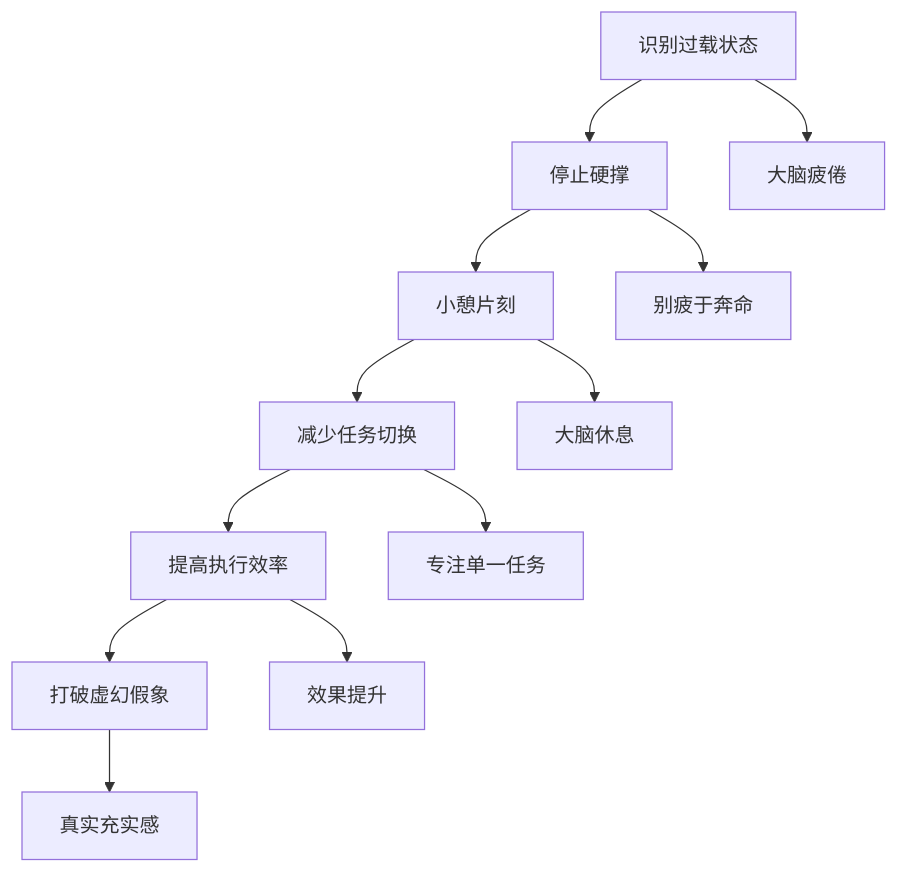
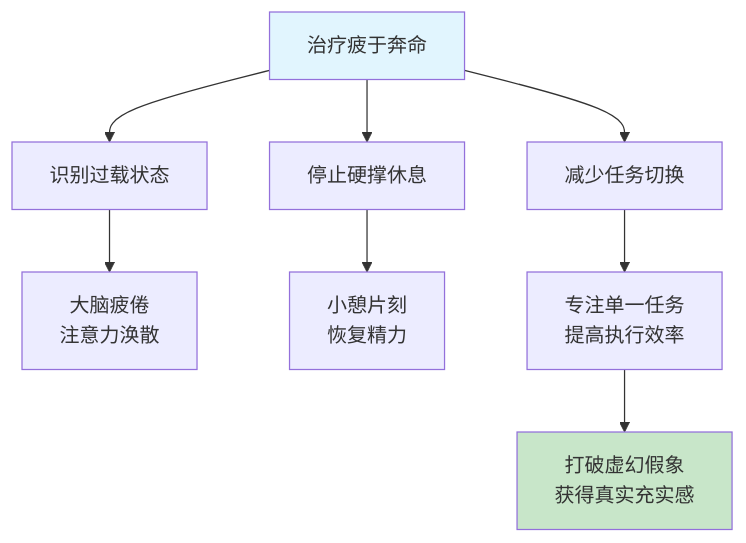
The sixth of 10 diagrams in 10.自我进阶提升书/02.信息筛选和体系/2.1信息过载怎么办.md (chongyang211/YCBookBlog), drawn with Mermaid before and after one commit. The commit also changed other lines of this file and 28 other files, not shown here.

````diff
--- a/10.自我进阶提升书/02.信息筛选和体系/2.1信息过载怎么办.md
+++ b/10.自我进阶提升书/02.信息筛选和体系/2.1信息过载怎么办.md
@@ -183,15 +215,15 @@
 ```mermaid
 graph TD
-    A[识别过载状态] --> B[停止硬撑]
-    B --> C[小憩片刻]
-    C --> D[减少任务切换]
-    D --> E[提高执行效率]
-    E --> F[打破虚幻假象]
+    A[治疗疲于奔命] --> B[识别过载状态]
+    A --> C[停止硬撑休息]
+    A --> D[减少任务切换]
     
-    A --> A1[大脑疲倦]
-    B --> B1[别疲于奔命]
-    C --> C1[大脑休息]
-    D --> D1[专注单一任务]
-    E --> E1[效果提升]
-    F --> F1[真实充实感]
+    B --> B1[大脑疲倦<br/>注意力涣散]
+    C --> C1[小憩片刻<br/>恢复精力]
+    D --> D1[专注单一任务<br/>提高执行效率]
+    
+    D1 --> E[打破虚幻假象<br/>获得真实充实感]
+    
+    style A fill:#e1f5fe
+    style E fill:#c8e6c9
 ```
````
